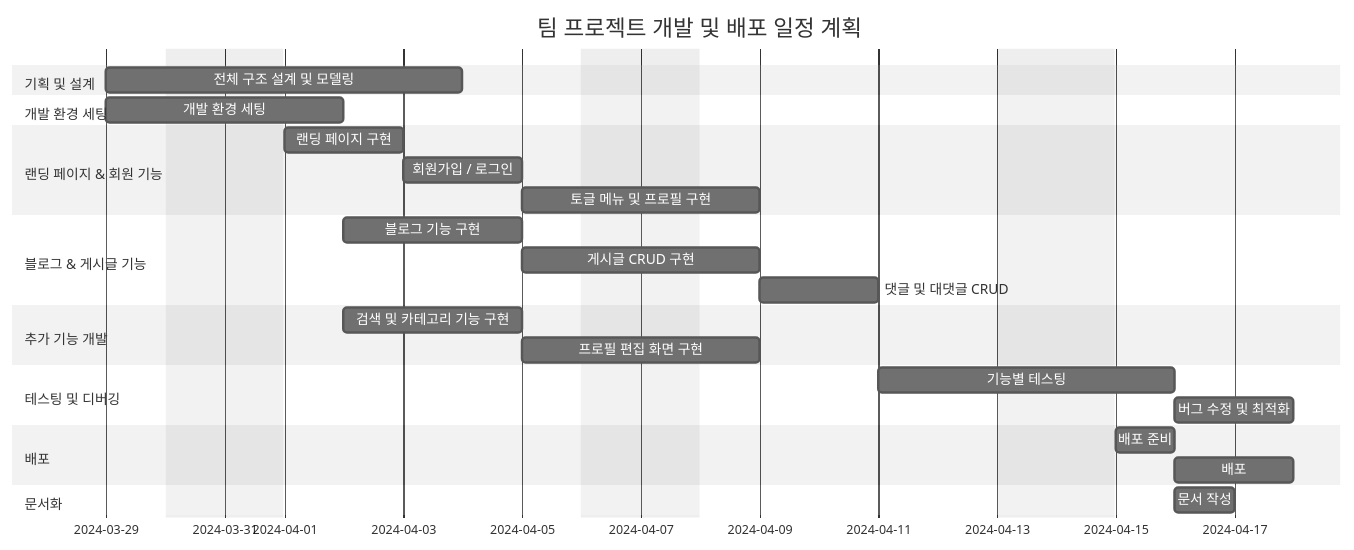
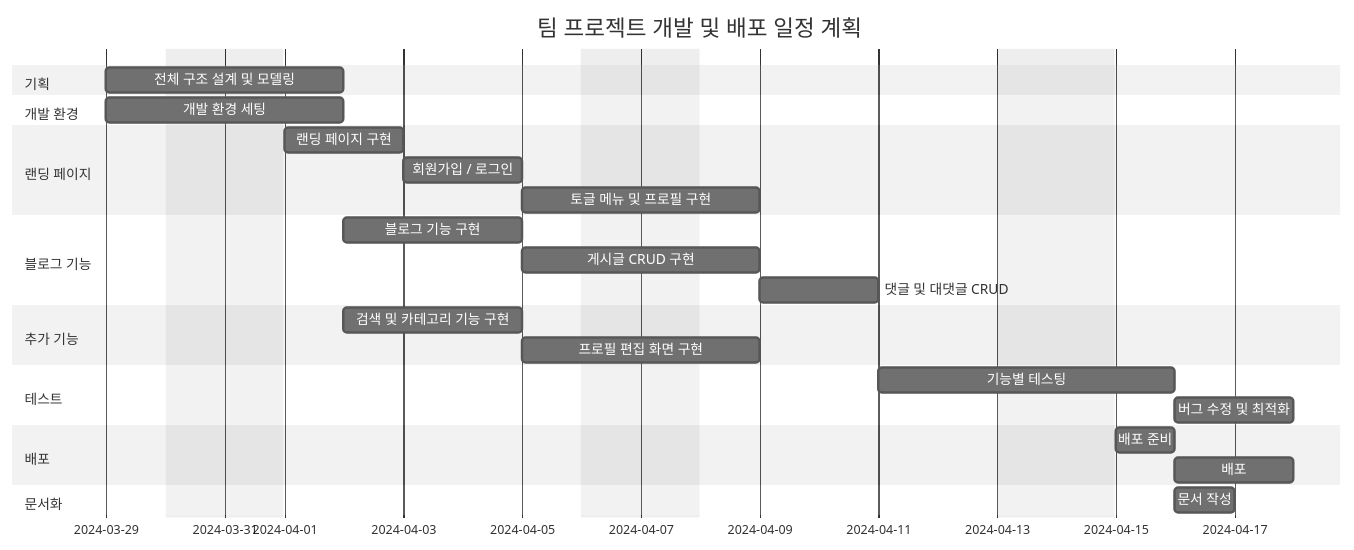
Before and after one commit to AI-Inventory-Forecasting-Team/AI-Inventory-Forecast: the diagram in README.md, drawn with Mermaid (neutral theme).

````diff
--- a/README.md
+++ b/README.md
@@ -2,38 +2,38 @@
 ```mermaid
 gantt
     dateFormat  YYYY-MM-DD
     title 팀 프로젝트 개발 및 배포 일정 계획
     excludes weekends
 
-    section 기획 및 설계
-    전체 구조 설계 및 모델링 :des1, 2024-03-29, 4d
+    section 기획
+    전체 구조 설계 및 모델링 :des1, 2024-03-29, 2d
 
-    section 개발 환경 세팅
+    section 개발 환경
     개발 환경 세팅 :set1, 2024-03-29, 2d
 
-    section 랜딩 페이지 & 회원 기능
+    section 랜딩 페이지
     랜딩 페이지 구현 :lan1, 2024-04-01, 2d
     회원가입 / 로그인 : lan2, after lan1, 2d
     토글 메뉴 및 프로필 구현 : lan3, after lan2, 2d
 
-    section 블로그 & 게시글 기능
+    section 블로그 기능
     블로그 기능 구현 :blog1, after set1, 3d
     게시글 CRUD 구현 : blog2, after blog1, 2d
     댓글 및 대댓글 CRUD : blog3, after blog2, 2d
 
-    section 추가 기능 개발
+    section 추가 기능
     검색 및 카테고리 기능 구현 :add1, after set1, 3d
     프로필 편집 화면 구현 : add2, after add1, 2d
 
-    section 테스팅 및 디버깅
+    section 테스트
     기능별 테스팅 :test1, 2024-04-11, 3d
     버그 수정 및 최적화 :test2, after test1, 2d
 
     section 배포
     배포 준비 :deploy1, 2024-04-15, 1d
     배포 :deploy2, after deploy1, 2d
     
     section 문서화
     문서 작성 : doc1, 2024-04-16, 1d
 
 ```
````
